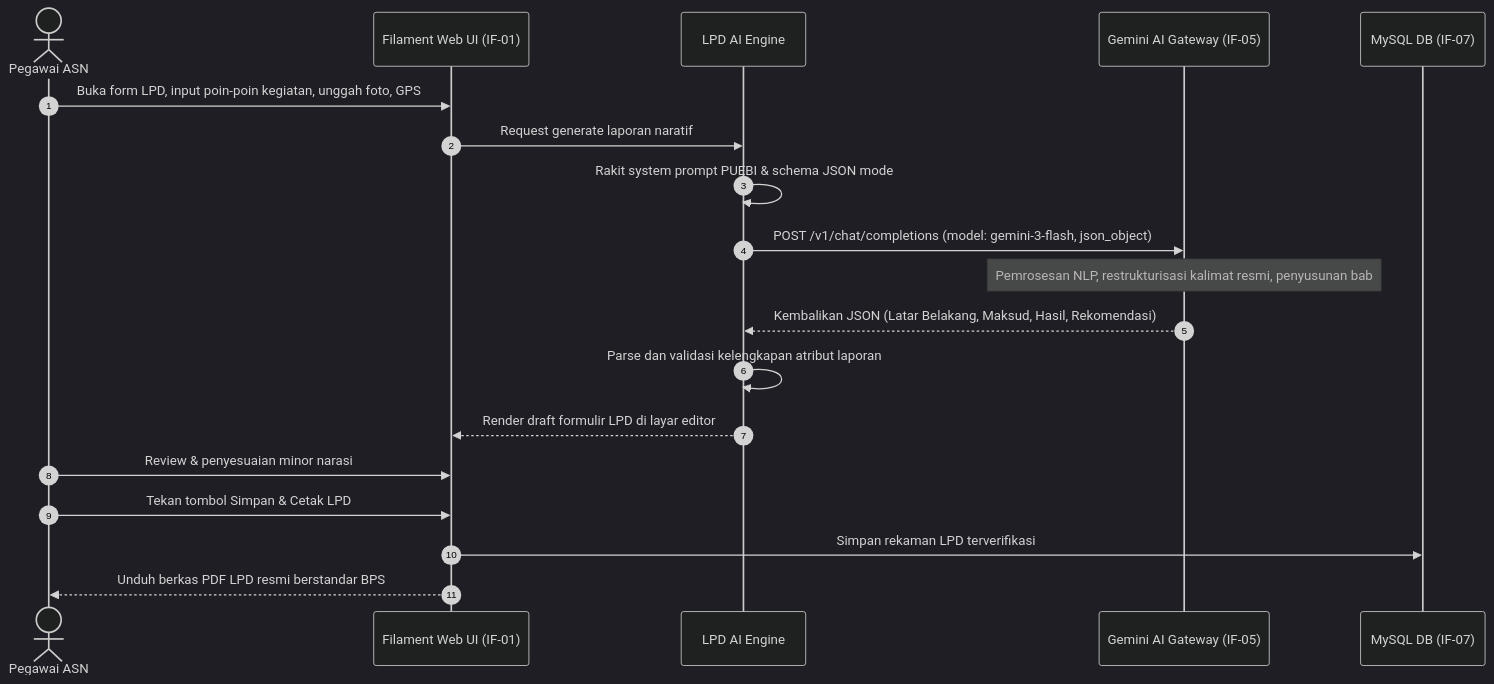
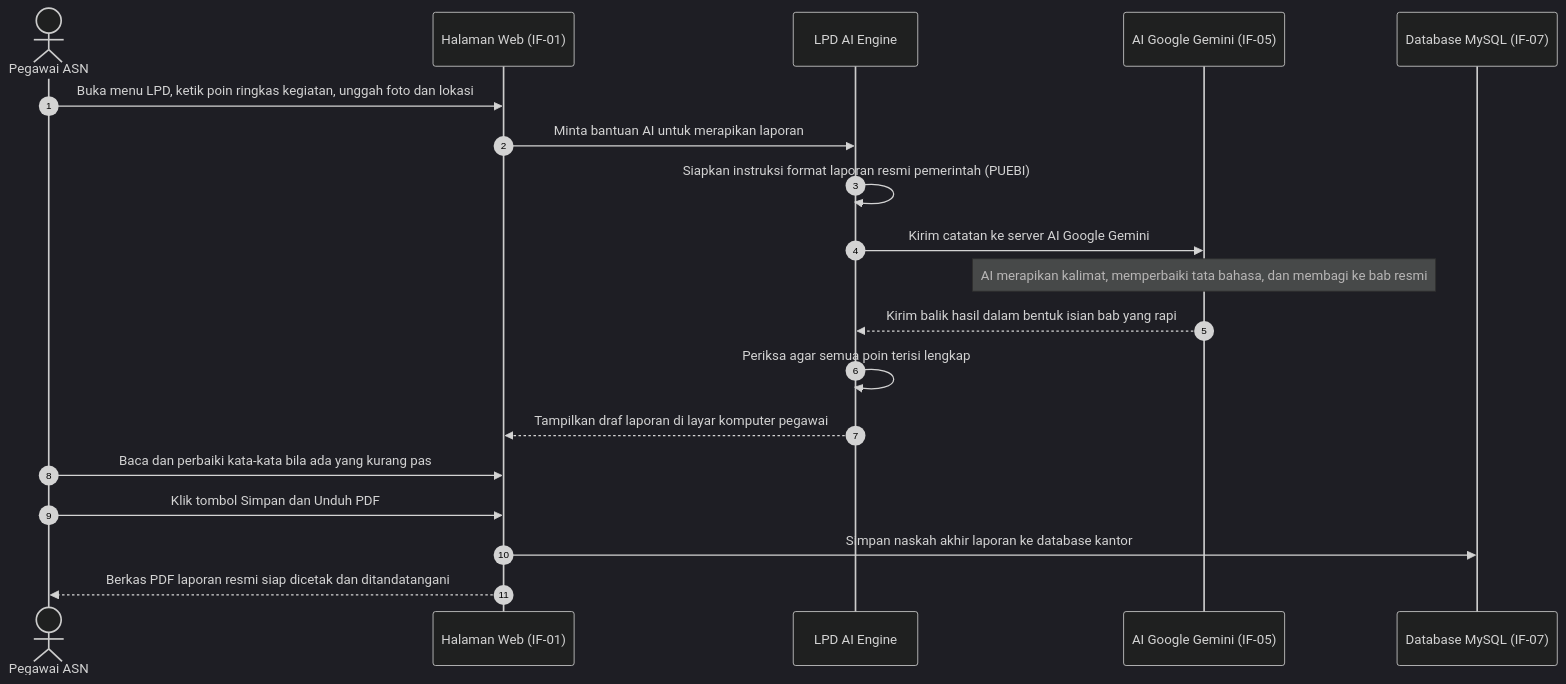
One commit to ihkaru/sipedas changed the second of 4 diagrams in docs/architecture/06_runtime_view.md. Above: the diagram before and after it, drawn with Mermaid (dark theme). The commit also changed other lines of this file and 11 other files, not shown here.

Commit message:
docs(arc42): rewrite enterprise architecture documentation into crystal-clear plain Indonesian without jargon

````diff
--- a/docs/architecture/06_runtime_view.md
+++ b/docs/architecture/06_runtime_view.md
@@ -55,22 +55,22 @@
 ```mermaid
 sequenceDiagram
     autonumber
     actor Pegawai as Pegawai ASN
-    participant UI as Filament Web UI (IF-01)
+    participant UI as Halaman Web (IF-01)
     participant LPDAI as LPD AI Engine
-    participant AIGw as Gemini AI Gateway (IF-05)
-    participant DB as MySQL DB (IF-07)
+    participant AIGw as AI Google Gemini (IF-05)
+    participant DB as Database MySQL (IF-07)
 
-    Pegawai->>UI: Buka form LPD, input poin-poin kegiatan, unggah foto, GPS
-    UI->>LPDAI: Request generate laporan naratif
-    LPDAI->>LPDAI: Rakit system prompt PUEBI & schema JSON mode
-    LPDAI->>AIGw: POST /v1/chat/completions (model: gemini-3-flash, json_object)
-    Note over AIGw: Pemrosesan NLP, restrukturisasi kalimat resmi, penyusunan bab
-    AIGw-->>LPDAI: Kembalikan JSON (Latar Belakang, Maksud, Hasil, Rekomendasi)
-    LPDAI->>LPDAI: Parse dan validasi kelengkapan atribut laporan
-    LPDAI-->>UI: Render draft formulir LPD di layar editor
-    Pegawai->>UI: Review & penyesuaian minor narasi
-    Pegawai->>UI: Tekan tombol Simpan & Cetak LPD
-    UI->>DB: Simpan rekaman LPD terverifikasi
-    UI-->>Pegawai: Unduh berkas PDF LPD resmi berstandar BPS
+    Pegawai->>UI: Buka menu LPD, ketik poin ringkas kegiatan, unggah foto dan lokasi
+    UI->>LPDAI: Minta bantuan AI untuk merapikan laporan
+    LPDAI->>LPDAI: Siapkan instruksi format laporan resmi pemerintah (PUEBI)
+    LPDAI->>AIGw: Kirim catatan ke server AI Google Gemini
+    Note over AIGw: AI merapikan kalimat, memperbaiki tata bahasa, dan membagi ke bab resmi
+    AIGw-->>LPDAI: Kirim balik hasil dalam bentuk isian bab yang rapi
+    LPDAI->>LPDAI: Periksa agar semua poin terisi lengkap
+    LPDAI-->>UI: Tampilkan draf laporan di layar komputer pegawai
+    Pegawai->>UI: Baca dan perbaiki kata-kata bila ada yang kurang pas
+    Pegawai->>UI: Klik tombol Simpan dan Unduh PDF
+    UI->>DB: Simpan naskah akhir laporan ke database kantor
+    UI-->>Pegawai: Berkas PDF laporan resmi siap dicetak dan ditandatangani
 ```
````
